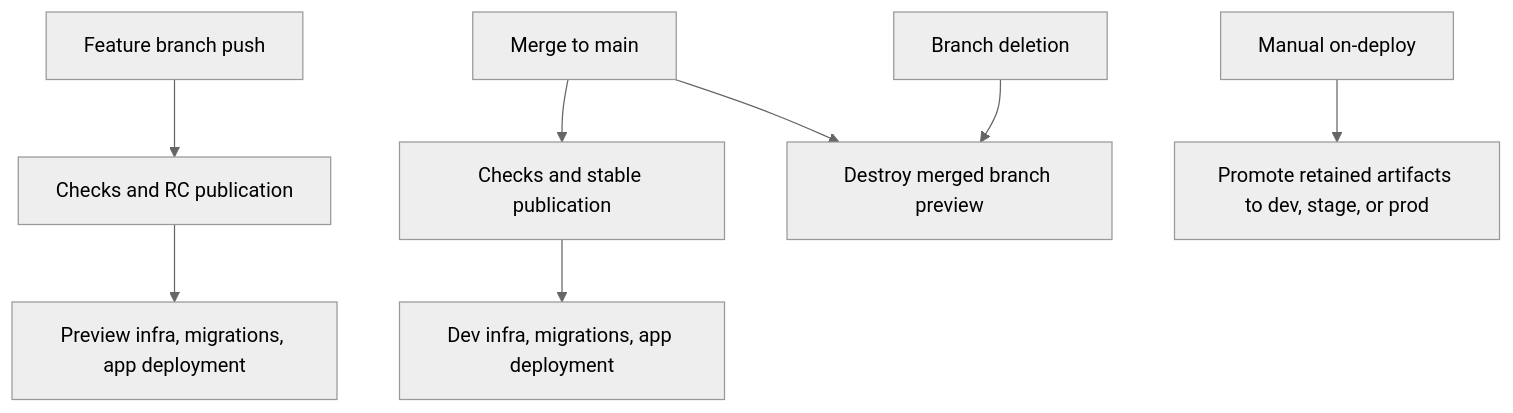
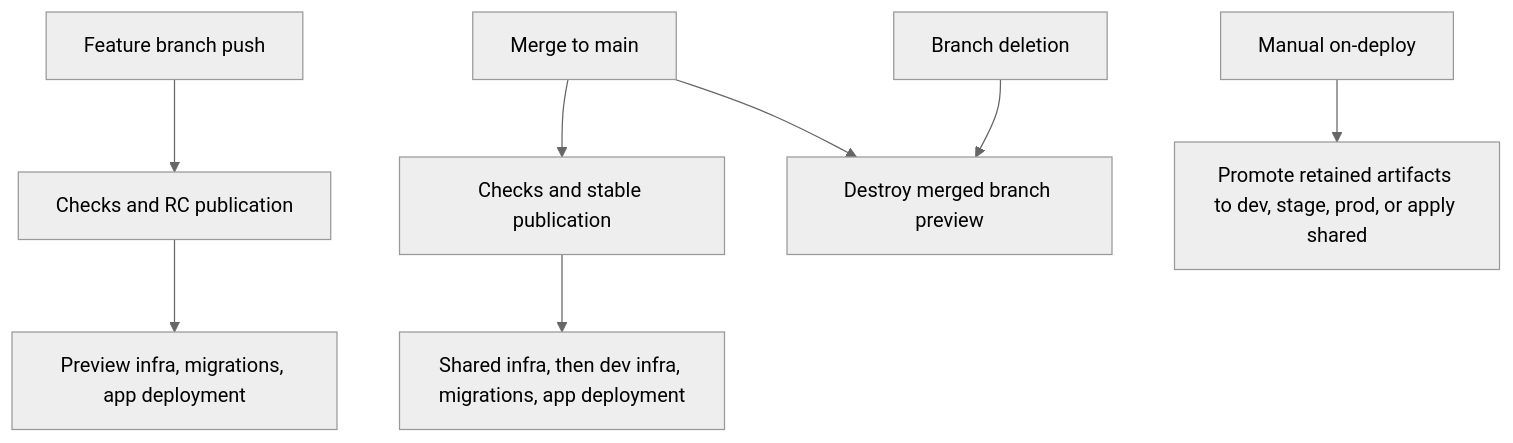
Before and after one commit to cloudvoyant/premise: the diagram in docs/guides/ci.md, drawn with Mermaid (neutral theme). The commit also changed other lines of this file and 39 other files, not shown here.

First line of the commit message:
feat(infra): standardize infra/env and infra/shared conventions (#26)

````diff
--- a/docs/guides/ci.md
+++ b/docs/guides/ci.md
@@ -15,10 +15,10 @@
 ```mermaid
 flowchart TD
     Branch[Feature branch push] --> Checks[Checks and RC publication]
     Checks --> Preview[Preview infra, migrations, app deployment]
     Merge[Merge to main] --> Stable[Checks and stable publication]
-    Stable --> Dev[Dev infra, migrations, app deployment]
+    Stable --> Dev[Shared infra, then dev infra, migrations, app deployment]
     Merge --> Cleanup[Destroy merged branch preview]
     Delete[Branch deletion] --> Cleanup
-    Manual[Manual on-deploy] --> Promote[Promote retained artifacts to dev, stage, or prod]
+    Manual[Manual on-deploy] --> Promote[Promote retained artifacts to dev, stage, prod, or apply shared]
 ```
````
